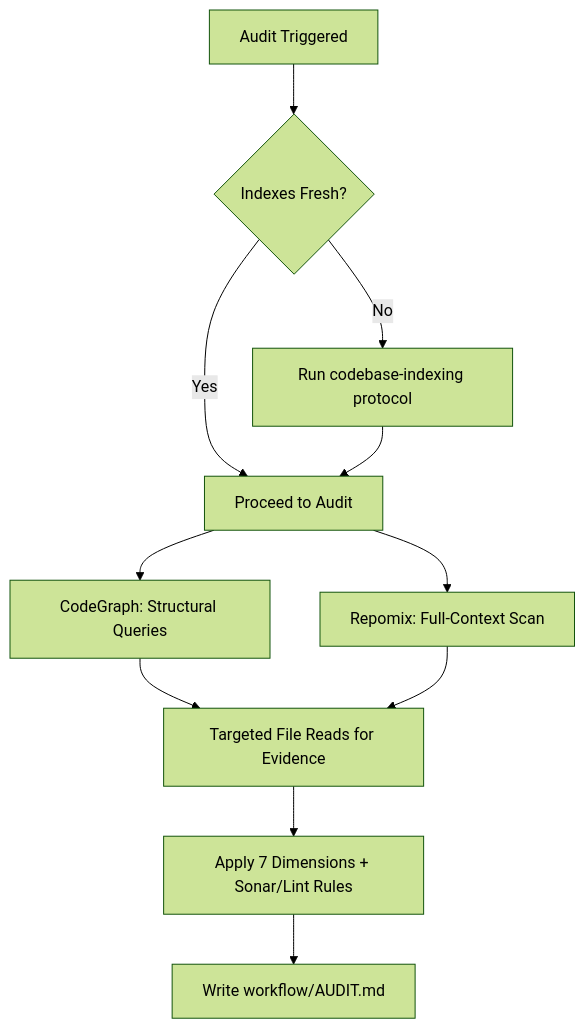
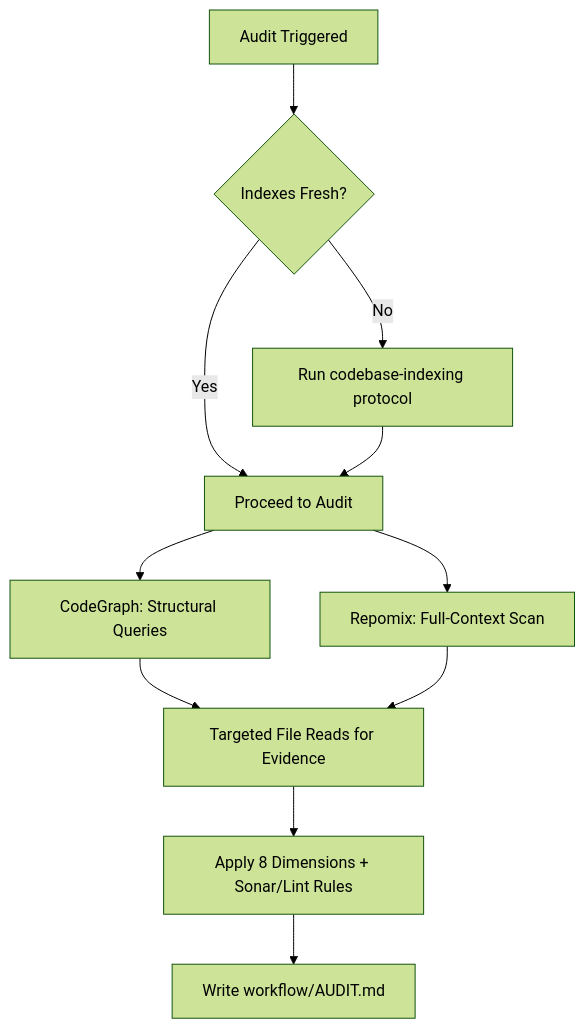
The diagram in skills/software-audit/SKILL.md (alexbruno/dev-skills), drawn with Mermaid (forest theme) before and after one commit. The commit also changed other lines of this file and 5 other files, not shown here.

````diff
--- a/skills/software-audit/SKILL.md
+++ b/skills/software-audit/SKILL.md
@@ -162,13 +164,13 @@
 ```mermaid
 flowchart TD
     A[Audit Triggered] --> B{Indexes Fresh?}
     B -->|No| C[Run codebase-indexing protocol]
     B -->|Yes| D[Proceed to Audit]
     C --> D
     D --> E[CodeGraph: Structural Queries]
     D --> F[Repomix: Full-Context Scan]
     E --> G[Targeted File Reads for Evidence]
     F --> G
-    G --> H[Apply 7 Dimensions + Sonar/Lint Rules]
+    G --> H[Apply 8 Dimensions + Sonar/Lint Rules]
     H --> I[Write workflow/AUDIT.md]
 ```
````
